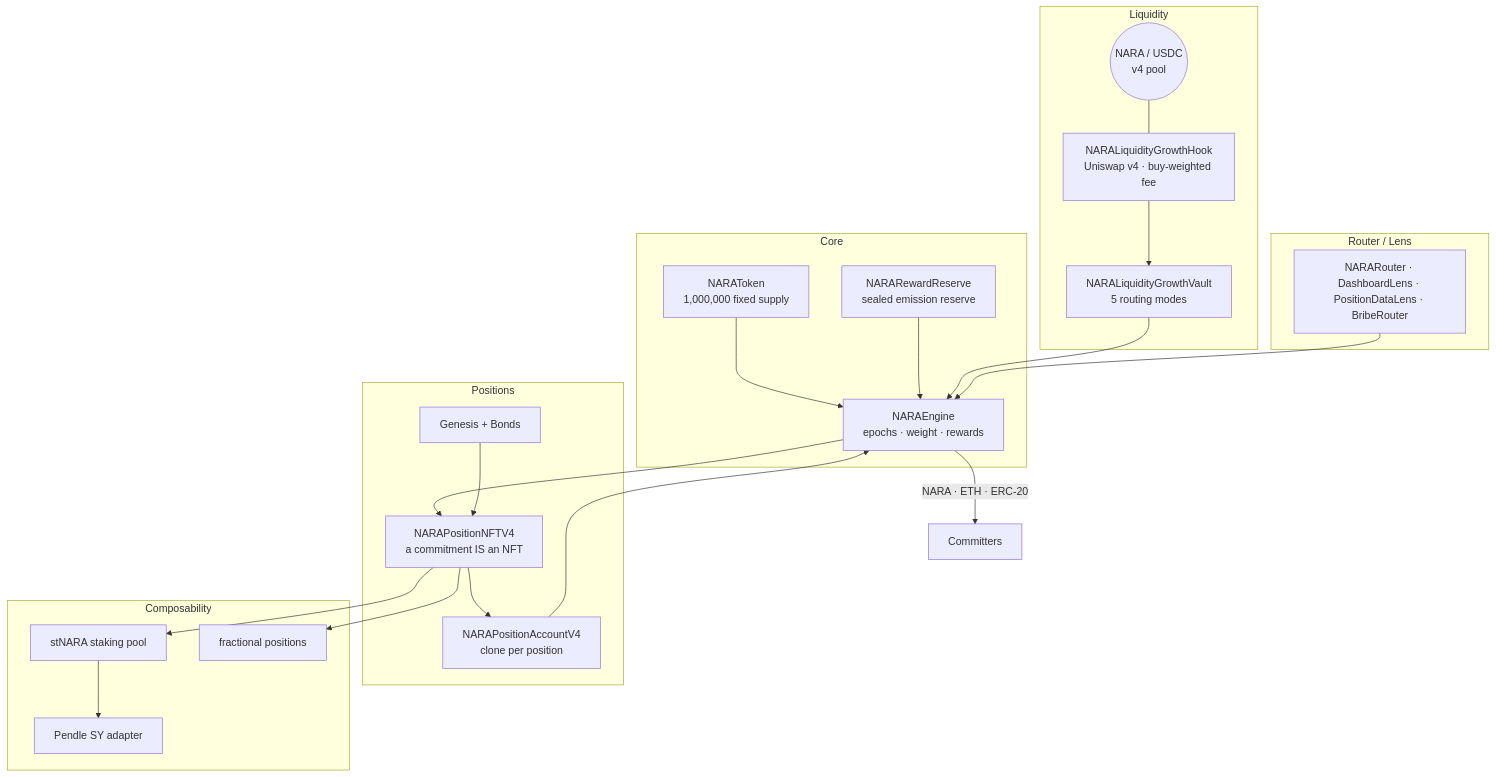
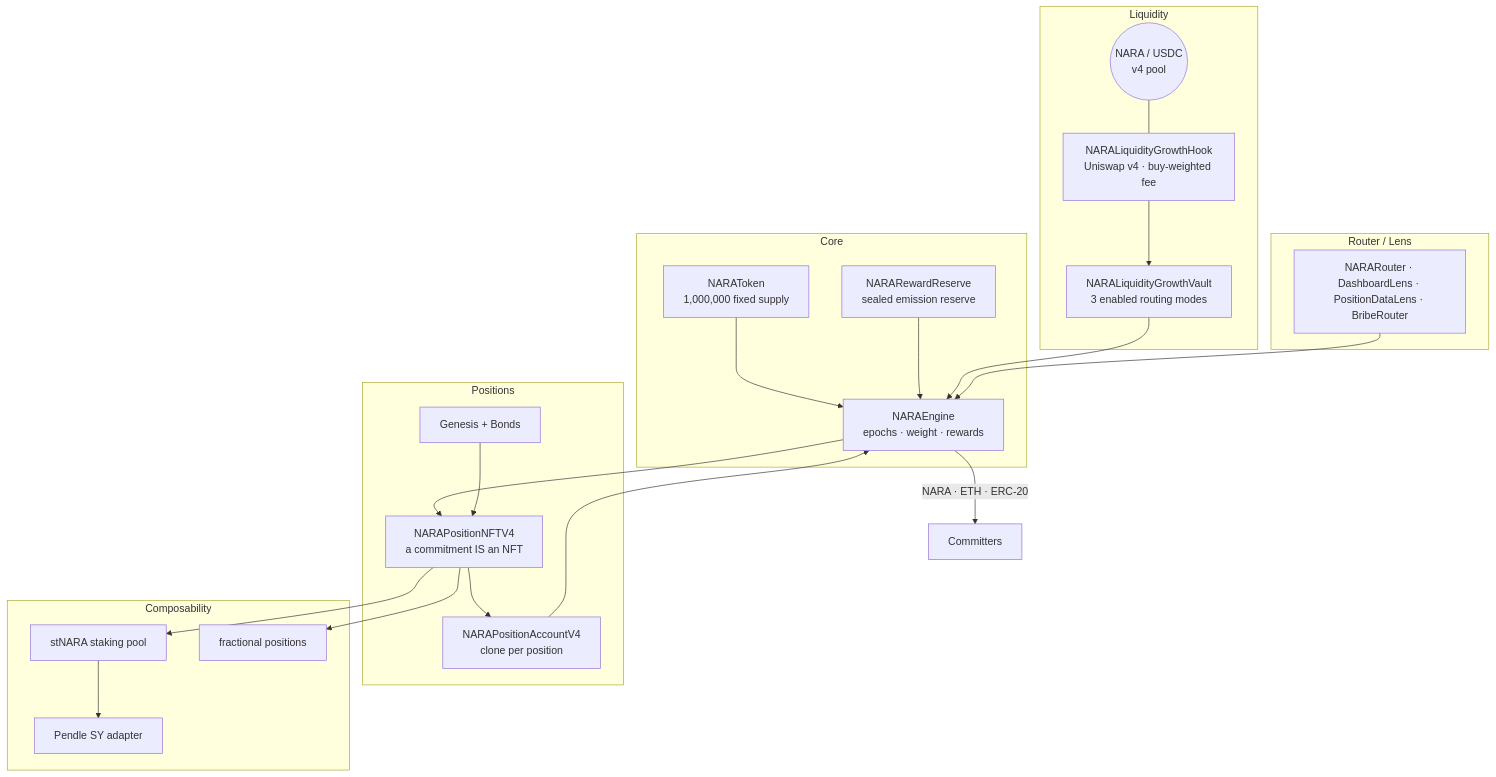
One commit to NARAProtocol/nara_protocol_v4 changed the diagram in README.md. Above: the diagram before and after it, drawn with Mermaid. The commit also changed other lines of this file and 76 other files, not shown here.

````diff
--- a/README.md
+++ b/README.md
@@ -76,36 +78,36 @@
 ```mermaid
 flowchart TD
     subgraph CORE[Core]
       T[NARAToken<br/>1,000,000 fixed supply]
       E[NARAEngine<br/>epochs · weight · rewards]
       R[NARARewardReserve<br/>sealed emission reserve]
     end
     subgraph LIQ[Liquidity]
       H[NARALiquidityGrowthHook<br/>Uniswap v4 · buy-weighted fee]
-      V[NARALiquidityGrowthVault<br/>5 routing modes]
+      V[NARALiquidityGrowthVault<br/>3 enabled routing modes]
       P((NARA / USDC<br/>v4 pool))
     end
     subgraph POS[Positions]
       NFT[NARAPositionNFTV4<br/>a commitment IS an NFT]
       ACC[NARAPositionAccountV4<br/>clone per position]
       G[Genesis + Bonds]
     end
     subgraph CMP[Composability]
       ST[stNARA staking pool]
       SY[Pendle SY adapter]
       FR[fractional positions]
     end
     subgraph RTR[Router / Lens]
       RT[NARARouter · DashboardLens · PositionDataLens · BribeRouter]
     end
 
     T --> E
     R --> E
     P --- H --> V --> E
     E --> NFT --> ACC --> E
     G --> NFT
     NFT --> ST --> SY
     NFT --> FR
     RT --> E
     E -->|NARA · ETH · ERC-20| U[Committers]
 ```
````
